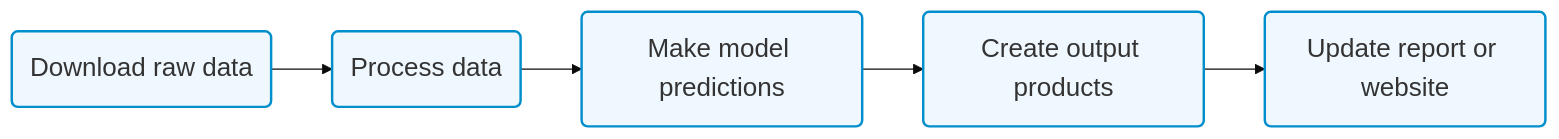
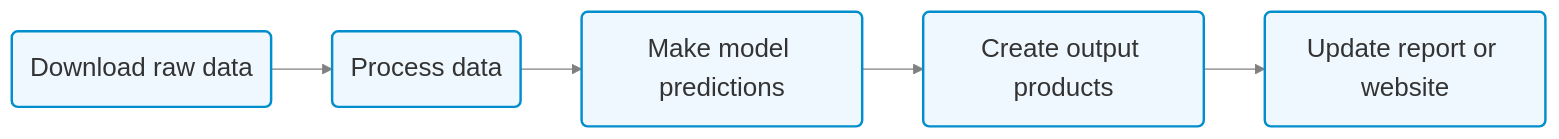
Before and after one commit to joshcullen/github_actions_workshop: the diagram in Complex_GHAs/Run_multiple_jobs.qmd, drawn with Mermaid (base theme). The commit also changed 5 other files, not shown here.

Commit message:
Fixed contrast issue for DT table colors in dark mode; made arrows in mermaid plots more visible in both light and dark mode

````diff
--- a/Complex_GHAs/Run_multiple_jobs.qmd
+++ b/Complex_GHAs/Run_multiple_jobs.qmd
@@ -42,15 +42,16 @@
 ```{mermaid}
 %%| eval: true
 %%| echo: false
 
 flowchart LR
   A(Download raw data) --> B(Process data)
   B --> C(Make model predictions)
   C --> D(Create output products)
   D --> E(Update report or website)
 style A fill:#F0F8FF,stroke:#008ECC,stroke-width:2px,font-size:16pt
 style B fill:#F0F8FF,stroke:#008ECC,stroke-width:2px,font-size:16pt
 style C fill:#F0F8FF,stroke:#008ECC,stroke-width:2px,font-size:16pt
 style D fill:#F0F8FF,stroke:#008ECC,stroke-width:2px,font-size:16pt
 style E fill:#F0F8FF,stroke:#008ECC,stroke-width:2px,font-size:16pt
+linkStyle 0,1,2,3 stroke:grey
 ```
````
